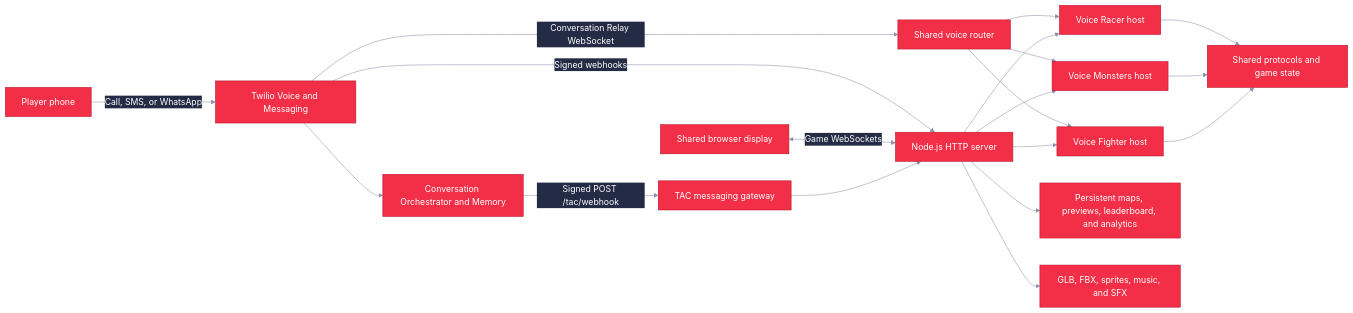
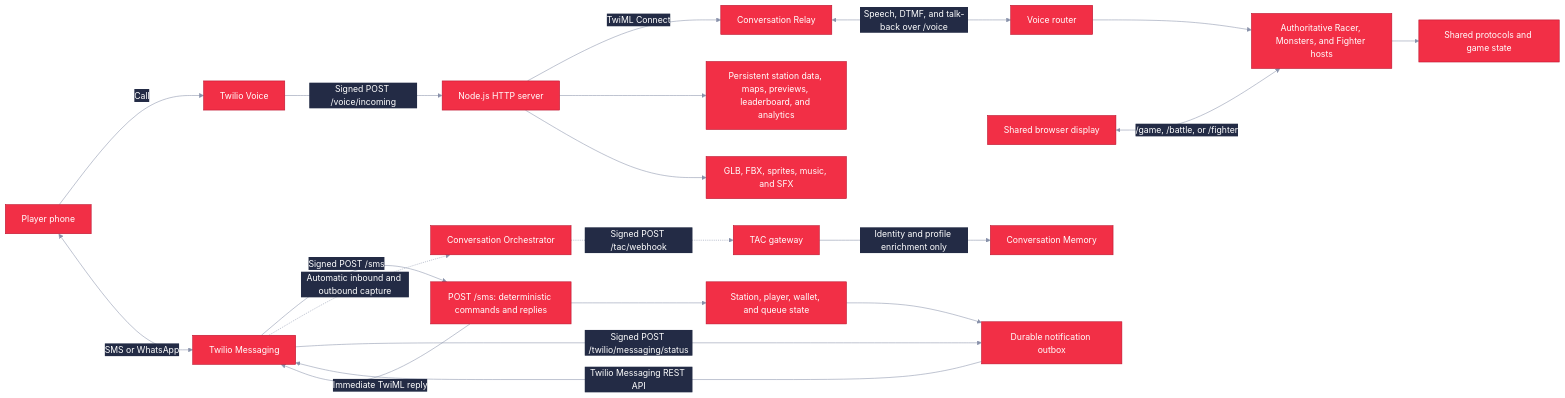
The first of 2 diagrams in README.md (agithony/twilio-games), drawn with Mermaid before and after one commit. The commit also changed other lines of this file and 36 other files, not shown here.

````diff
--- a/README.md
+++ b/README.md
@@ -63,22 +64,25 @@
 ```mermaid
 %%{init: {"theme":"base","themeVariables":{"primaryColor":"#F22F46","primaryTextColor":"#FFFFFF","primaryBorderColor":"#B80F2A","lineColor":"#8891AA","secondaryColor":"#232B45","tertiaryColor":"#000D25","background":"#FFFFFF"}}}%%
 flowchart LR
-  Phone[Player phone] -->|Call, SMS, or WhatsApp| Twilio[Twilio Voice and Messaging]
-  Twilio --> Orchestrator[Conversation Orchestrator and Memory]
-  Orchestrator -->|Signed POST /tac/webhook| TAC[TAC messaging gateway]
-  Twilio -->|Conversation Relay WebSocket| VoiceRoute[Shared voice router]
-  Twilio -->|Signed webhooks| HTTP[Node.js HTTP server]
-  VoiceRoute --> Racer[Voice Racer host]
-  VoiceRoute --> Monsters[Voice Monsters host]
-  VoiceRoute --> Fighter[Voice Fighter host]
-  Display[Shared browser display] <-->|Game WebSockets| HTTP
-  TAC --> HTTP
-  HTTP --> Racer
-  HTTP --> Monsters
-  HTTP --> Fighter
-  Racer --> Shared[Shared protocols and game state]
-  Monsters --> Shared
-  Fighter --> Shared
-  HTTP --> Data[Persistent maps, previews, leaderboard, and analytics]
+  Player[Player phone] -->|Call| Voice[Twilio Voice]
+  Voice -->|Signed POST /voice/incoming| HTTP[Node.js HTTP server]
+  HTTP -->|TwiML Connect| Relay[Conversation Relay]
+  Relay <-->|Speech, DTMF, and talk-back over /voice| Router[Voice router]
+  Router --> Hosts[Authoritative Racer, Monsters, and Fighter hosts]
+  Display[Shared browser display] <-->|/game, /battle, or /fighter| Hosts
+
+  Player <-->|SMS or WhatsApp| Messaging[Twilio Messaging]
+  Messaging -->|Signed POST /sms| Direct[POST /sms: deterministic commands and replies]
+  Direct --> State[Station, player, wallet, and queue state]
+  Direct -->|Immediate TwiML reply| Messaging
+  Messaging -.->|Automatic inbound and outbound capture| Orchestrator[Conversation Orchestrator]
+  Orchestrator -.->|Signed POST /tac/webhook| TAC[TAC gateway]
+  TAC -->|Identity and profile enrichment only| Memory[Conversation Memory]
+
+  State --> Outbox[Durable notification outbox]
+  Outbox -->|Twilio Messaging REST API| Messaging
+  Messaging -->|Signed POST /twilio/messaging/status| Outbox
+  Hosts --> Shared[Shared protocols and game state]
+  HTTP --> Data[Persistent station data, maps, previews, leaderboard, and analytics]
   HTTP --> Assets[GLB, FBX, sprites, music, and SFX]
 ```
````
